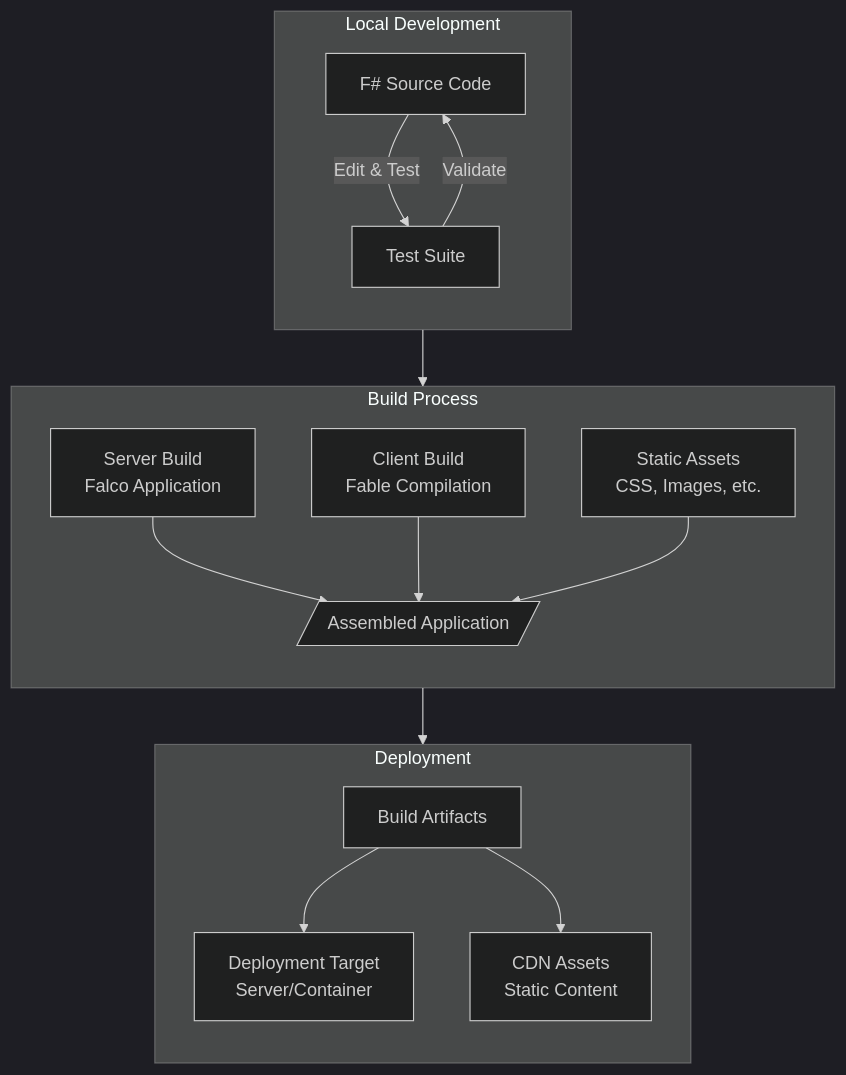
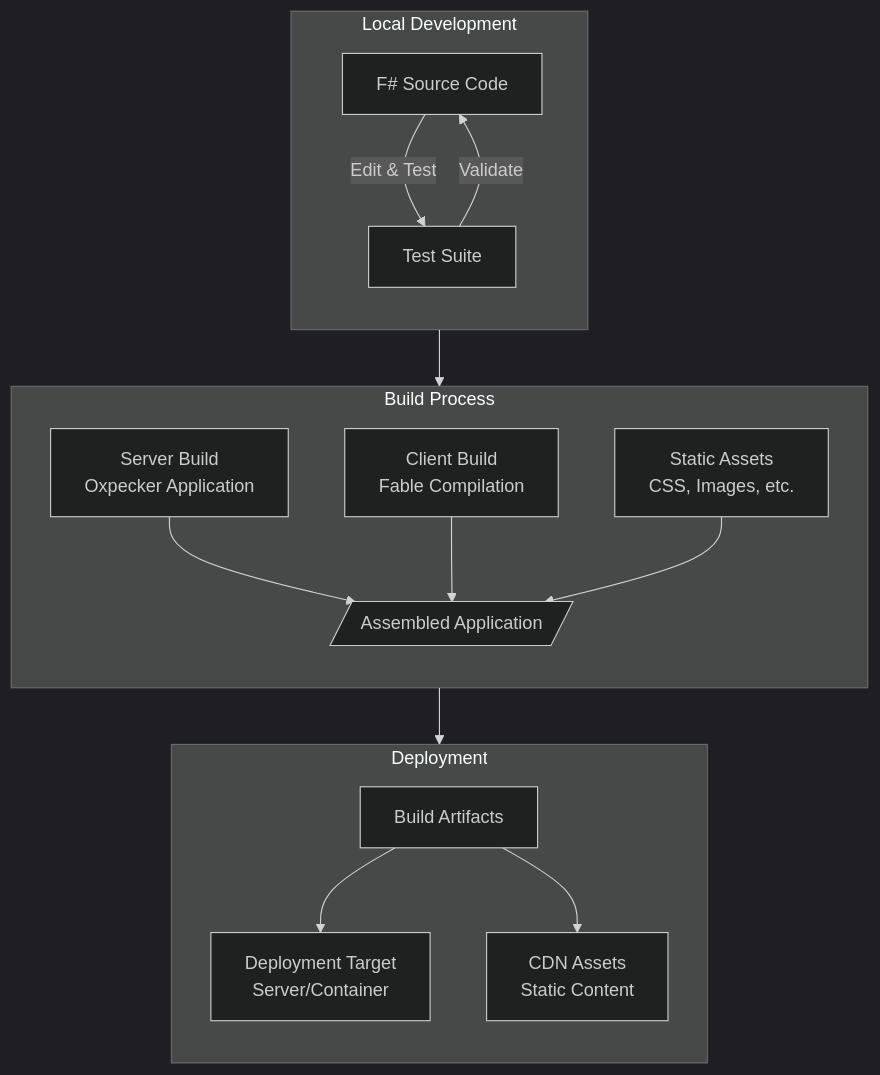
One commit to speakeztech/FlightDeck changed the first of 3 diagrams in docs/05 Build and Deployment Strategy.md. Above: the diagram before and after it, drawn with Mermaid. The commit also changed other lines of this file and 12 other files, not shown here.

````diff
--- a/docs/05 Build and Deployment Strategy.md
+++ b/docs/05 Build and Deployment Strategy.md
@@ -11,37 +11,37 @@
 ```mermaid
 %%{init: {'theme': 'dark'}}%%
 flowchart TB
     subgraph Development["Local Development"]
         direction TB
         FSharpSource["F# Source Code"]
         TestSuite["Test Suite"]
         
         FSharpSource -- "Edit & Test" --> TestSuite
         TestSuite -- "Validate" --> FSharpSource
     end
     
     subgraph BuildProcess["Build Process"]
         direction TB
-        ServerBuild["Server Build<br>Falco Application"]
+        ServerBuild["Server Build<br>Oxpecker Application"]
         ClientBuild["Client Build<br>Fable Compilation"]
         AssetBuild["Static Assets<br>CSS, Images, etc."]
         
         ServerBuild --> AssembleBuild
         ClientBuild --> AssembleBuild
         AssetBuild --> AssembleBuild
         AssembleBuild[/"Assembled Application"/]
     end
     
     subgraph Deployment["Deployment"]
         direction TB
         BuildArtifacts["Build Artifacts"]
         DeploymentTarget["Deployment Target<br>Server/Container"]
         CDNAssets["CDN Assets<br>Static Content"]
         
         BuildArtifacts --> DeploymentTarget
         BuildArtifacts --> CDNAssets
     end
     
     Development --> BuildProcess
     BuildProcess --> Deployment
 ```
````
